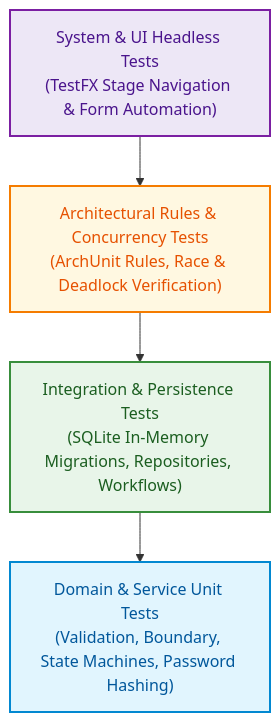
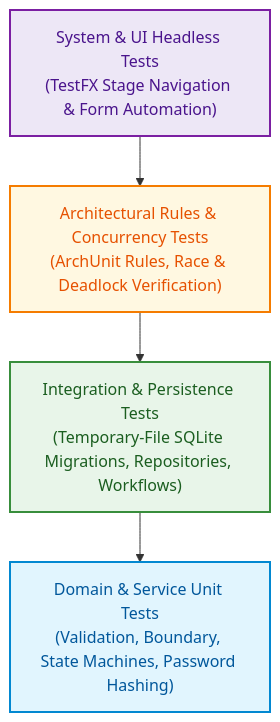
Before and after one commit to CS3227-2610-MP2-NUSynapxe/CS3227-2610-MP2: the first of 2 diagrams in docs/TestingStrategy.md, drawn with Mermaid. The commit also changed 5 other files, not shown here.

````diff
--- a/docs/TestingStrategy.md
+++ b/docs/TestingStrategy.md
@@ -16,22 +16,22 @@
 ```mermaid
 flowchart TD
     E2E["System & UI Headless Tests<br/>(TestFX Stage Navigation & Form Automation)"]
     Arch["Architectural Rules & Concurrency Tests<br/>(ArchUnit Rules, Race & Deadlock Verification)"]
-    Integ["Integration & Persistence Tests<br/>(SQLite In-Memory Migrations, Repositories, Workflows)"]
+    Integ["Integration & Persistence Tests<br/>(Temporary-File SQLite Migrations, Repositories, Workflows)"]
     Unit["Domain & Service Unit Tests<br/>(Validation, Boundary, State Machines, Password Hashing)"]
 
     E2E --> Arch
     Arch --> Integ
     Integ --> Unit
 
     classDef default fill:#ffffff,stroke:#17324d,stroke-width:1.5px,color:#17324d;
     classDef unit fill:#e1f5fe,stroke:#0288d1,stroke-width:2px,color:#01579b;
     classDef integ fill:#e8f5e9,stroke:#388e3c,stroke-width:2px,color:#1b5e20;
     classDef arch fill:#fff8e1,stroke:#f57c00,stroke-width:2px,color:#e65100;
     classDef e2e fill:#ede7f6,stroke:#7b1fa2,stroke-width:2px,color:#4a148c;
 
     class Unit unit;
     class Integ integ;
     class Arch arch;
     class E2E e2e;
 ```
````
